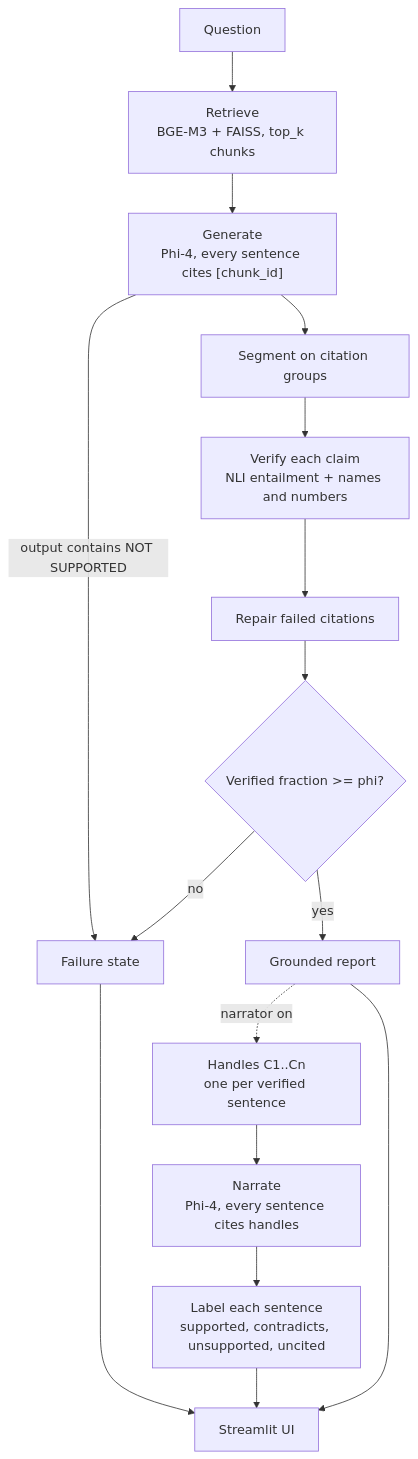
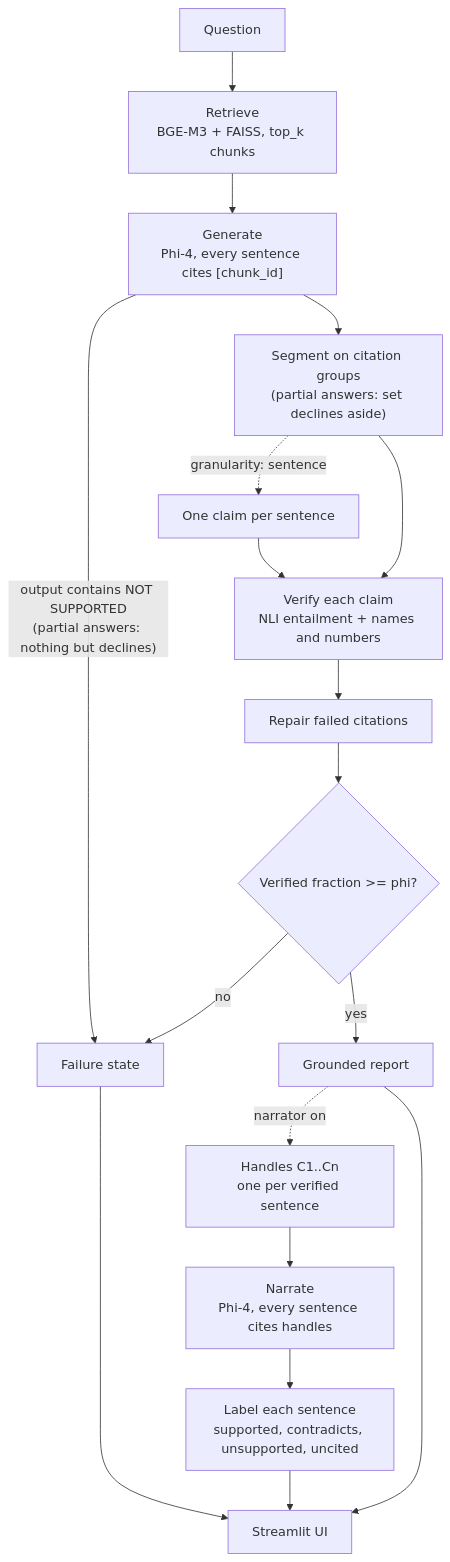
The diagram in docs/ARCHITECTURE.md (KristianKrattiger/sear-demo), drawn with Mermaid before and after one commit. The commit also changed other lines of this file and 2 other files, not shown here.

````diff
--- a/docs/ARCHITECTURE.md
+++ b/docs/ARCHITECTURE.md
@@ -19,18 +19,20 @@
 ```mermaid
 flowchart TD
     Q[Question] --> R["Retrieve<br/>BGE-M3 + FAISS, top_k chunks"]
     R --> G["Generate<br/>Phi-4, every sentence cites [chunk_id]"]
-    G -- "output contains NOT SUPPORTED" --> F[Failure state]
-    G --> S[Segment on citation groups]
+    G -- "output contains NOT SUPPORTED<br/>(partial answers: nothing but declines)" --> F[Failure state]
+    G --> S["Segment on citation groups<br/>(partial answers: set declines aside)"]
+    S -. "granularity: sentence" .-> SS[One claim per sentence]
+    SS --> V
     S --> V["Verify each claim<br/>NLI entailment + names and numbers"]
     V --> RP[Repair failed citations]
     RP --> GT{"Verified fraction >= phi?"}
     GT -- no --> F
     GT -- yes --> REP[Grounded report]
     REP -. narrator on .-> H["Handles C1..Cn<br/>one per verified sentence"]
     H --> N["Narrate<br/>Phi-4, every sentence cites handles"]
     N --> L["Label each sentence<br/>supported, contradicts, unsupported, uncited"]
     L --> UI[Streamlit UI]
     REP --> UI
     F --> UI
 ```
````
